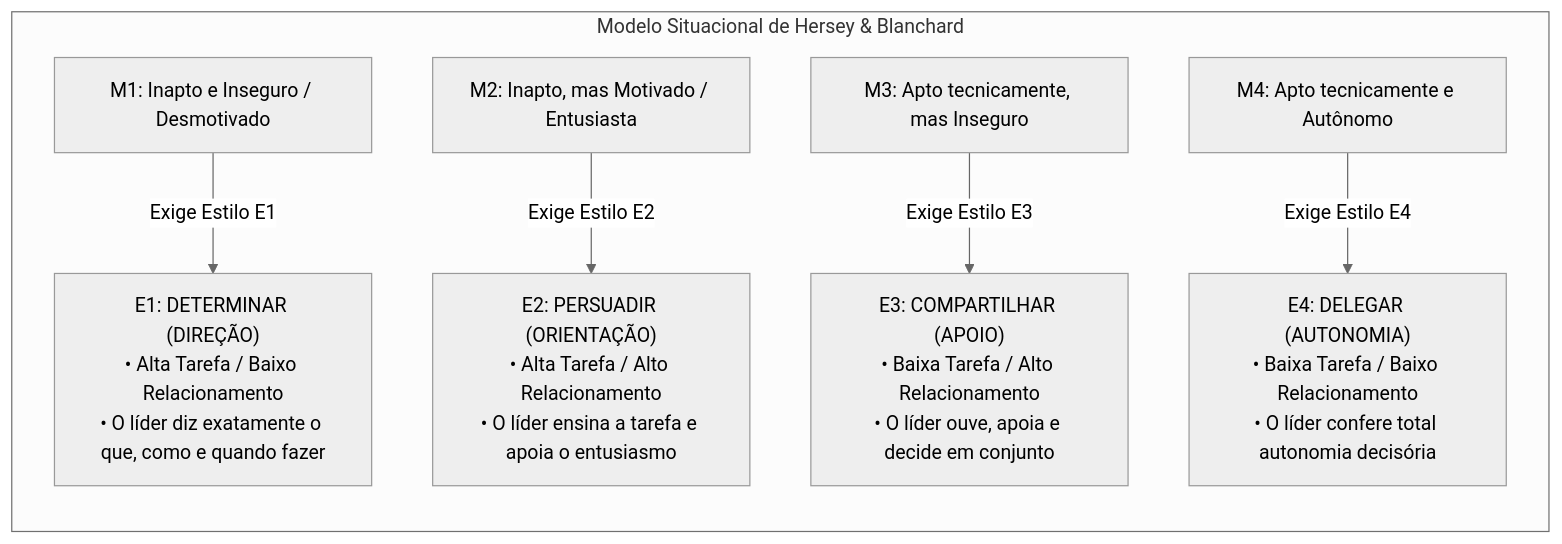
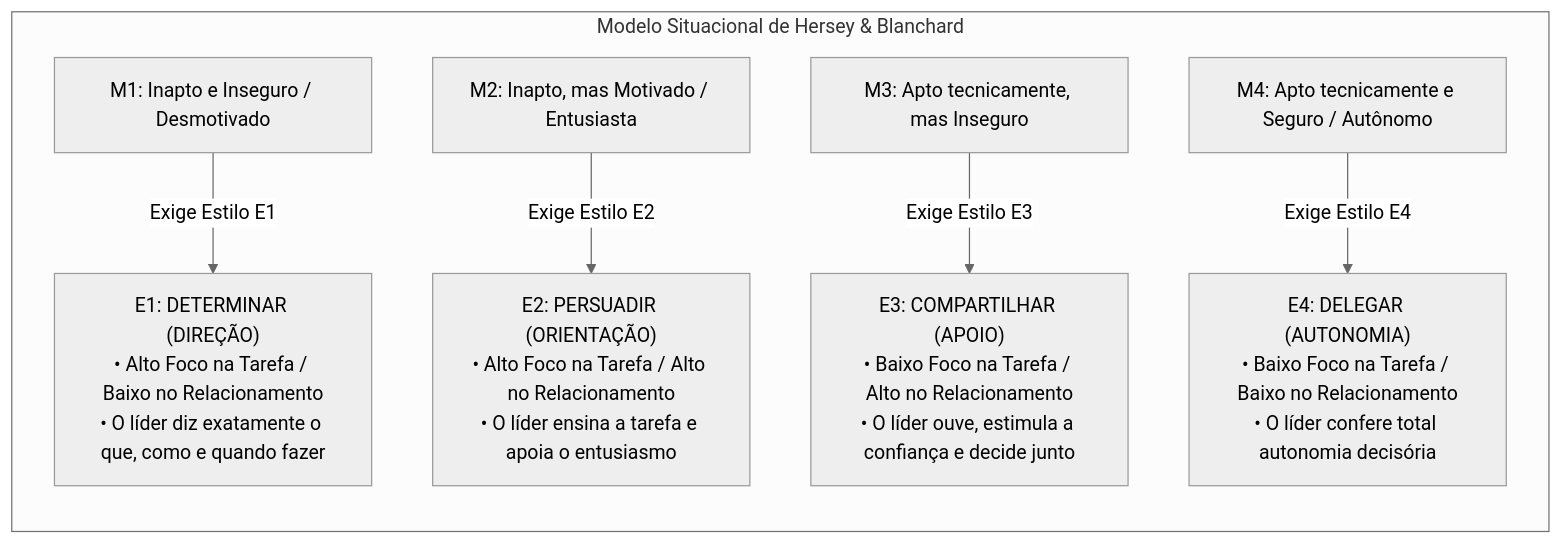
The fourth of 6 diagrams in fontes_de_estudo/conhecimentos_especificos_a01_tecnico_administrativo/24_comportamento_organizacional/02_grupos_equipes_lideranca_e_comunicacao_organizacional.md (thiagosantos346/TCE-GO-2027), drawn with Mermaid (neutral theme) before and after one commit. The commit also changed other lines of this file and 119 other files, not shown here.

````diff
--- a/fontes_de_estudo/conhecimentos_especificos_a01_tecnico_administrativo/24_comportamento_organizacional/02_grupos_equipes_lideranca_e_comunicacao_organizacional.md
+++ b/fontes_de_estudo/conhecimentos_especificos_a01_tecnico_administrativo/24_comportamento_organizacional/02_grupos_equipes_lideranca_e_comunicacao_organizacional.md
@@ -113,13 +126,13 @@
 ```mermaid
 flowchart TD
-    subgraph Liderança_Situacional ["Modelo Situacional de Hersey & Blanchard"]
+    subgraph Lideranca_Situacional ["Modelo Situacional de Hersey & Blanchard"]
         direction TB
-        M1["M1: Inapto e Inseguro / Desmotivado"] -->|Exige Estilo E1| E1["E1: DETERMINAR (DIREÇÃO)<br/>• Alta Tarefa / Baixo Relacionamento<br/>• O líder diz exatamente o que, como e quando fazer"]
+        M1["M1: Inapto e Inseguro / Desmotivado"] -->|Exige Estilo E1| E1["E1: DETERMINAR (DIREÇÃO)<br/>• Alto Foco na Tarefa / Baixo no Relacionamento<br/>• O líder diz exatamente o que, como e quando fazer"]
         
-        M2["M2: Inapto, mas Motivado / Entusiasta"] -->|Exige Estilo E2| E2["E2: PERSUADIR (ORIENTAÇÃO)<br/>• Alta Tarefa / Alto Relacionamento<br/>• O líder ensina a tarefa e apoia o entusiasmo"]
+        M2["M2: Inapto, mas Motivado / Entusiasta"] -->|Exige Estilo E2| E2["E2: PERSUADIR (ORIENTAÇÃO)<br/>• Alto Foco na Tarefa / Alto no Relacionamento<br/>• O líder ensina a tarefa e apoia o entusiasmo"]
         
-        M3["M3: Apto tecnicamente, mas Inseguro"] -->|Exige Estilo E3| E3["E3: COMPARTILHAR (APOIO)<br/>• Baixa Tarefa / Alto Relacionamento<br/>• O líder ouve, apoia e decide em conjunto"]
+        M3["M3: Apto tecnicamente, mas Inseguro"] -->|Exige Estilo E3| E3["E3: COMPARTILHAR (APOIO)<br/>• Baixo Foco na Tarefa / Alto no Relacionamento<br/>• O líder ouve, estimula a confiança e decide junto"]
         
-        M4["M4: Apto tecnicamente e Autônomo"] -->|Exige Estilo E4| E4["E4: DELEGAR (AUTONOMIA)<br/>• Baixa Tarefa / Baixo Relacionamento<br/>• O líder confere total autonomia decisória"]
+        M4["M4: Apto tecnicamente e Seguro / Autônomo"] -->|Exige Estilo E4| E4["E4: DELEGAR (AUTONOMIA)<br/>• Baixo Foco na Tarefa / Baixo no Relacionamento<br/>• O líder confere total autonomia decisória"]
     end
 ```
````
